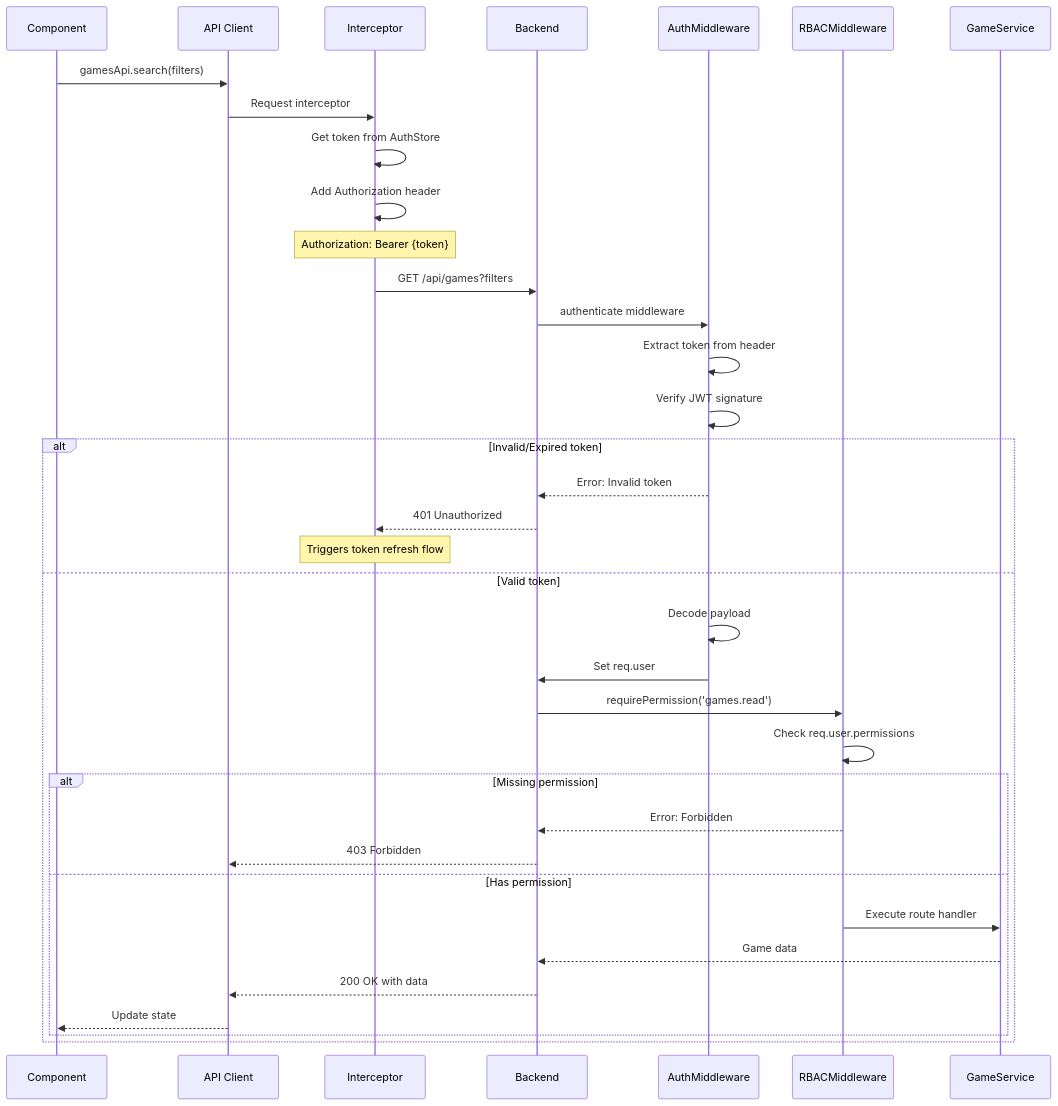
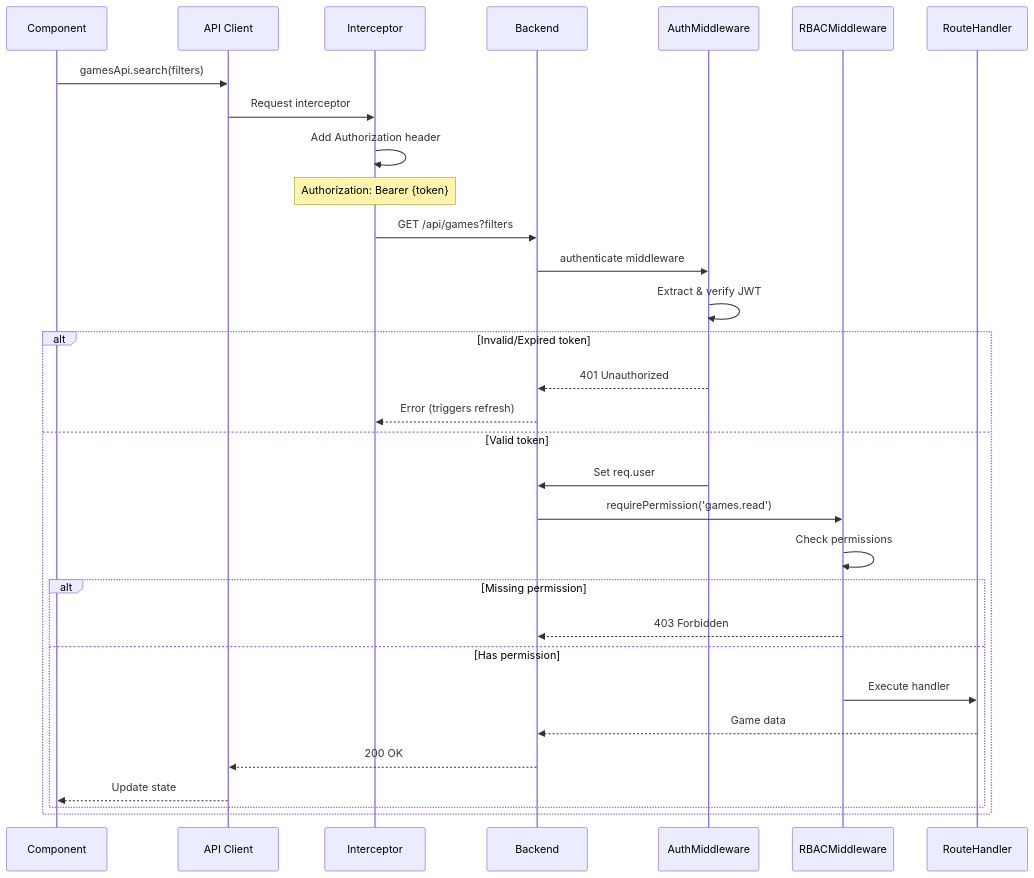
One commit to darkraise/flashpoint-web changed the fourth of 7 diagrams in docs/02-architecture/authentication-flow.md. Above: the diagram before and after it, drawn with Mermaid. The commit also changed other lines of this file and 98 other files, not shown here.

````diff
--- a/docs/02-architecture/authentication-flow.md
+++ b/docs/02-architecture/authentication-flow.md
@@ -303,45 +176,38 @@
 ```mermaid
 sequenceDiagram
     participant Component
     participant API Client
     participant Interceptor
     participant Backend
     participant AuthMiddleware
     participant RBACMiddleware
-    participant GameService
+    participant RouteHandler
 
     Component->>API Client: gamesApi.search(filters)
 
     API Client->>Interceptor: Request interceptor
-    Interceptor->>Interceptor: Get token from AuthStore
     Interceptor->>Interceptor: Add Authorization header
     Note over Interceptor: Authorization: Bearer {token}
 
     Interceptor->>Backend: GET /api/games?filters
     Backend->>AuthMiddleware: authenticate middleware
 
-    AuthMiddleware->>AuthMiddleware: Extract token from header
-    AuthMiddleware->>AuthMiddleware: Verify JWT signature
-
+    AuthMiddleware->>AuthMiddleware: Extract & verify JWT
     alt Invalid/Expired token
-        AuthMiddleware-->>Backend: Error: Invalid token
-        Backend-->>Interceptor: 401 Unauthorized
-        Note over Interceptor: Triggers token refresh flow
+        AuthMiddleware-->>Backend: 401 Unauthorized
+        Backend-->>Interceptor: Error (triggers refresh)
     else Valid token
-        AuthMiddleware->>AuthMiddleware: Decode payload
         AuthMiddleware->>Backend: Set req.user
         Backend->>RBACMiddleware: requirePermission('games.read')
-
-        RBACMiddleware->>RBACMiddleware: Check req.user.permissions
+        RBACMiddleware->>RBACMiddleware: Check permissions
 
         alt Missing permission
-            RBACMiddleware-->>Backend: Error: Forbidden
-            Backend-->>API Client: 403 Forbidden
+            RBACMiddleware-->>Backend: 403 Forbidden
         else Has permission
-            RBACMiddleware->>GameService: Execute route handler
-            GameService-->>Backend: Game data
-            Backend-->>API Client: 200 OK with data
+            RBACMiddleware->>RouteHandler: Execute handler
+            RouteHandler-->>Backend: Game data
+            Backend-->>API Client: 200 OK
             API Client-->>Component: Update state
         end
     end
 ```
````
